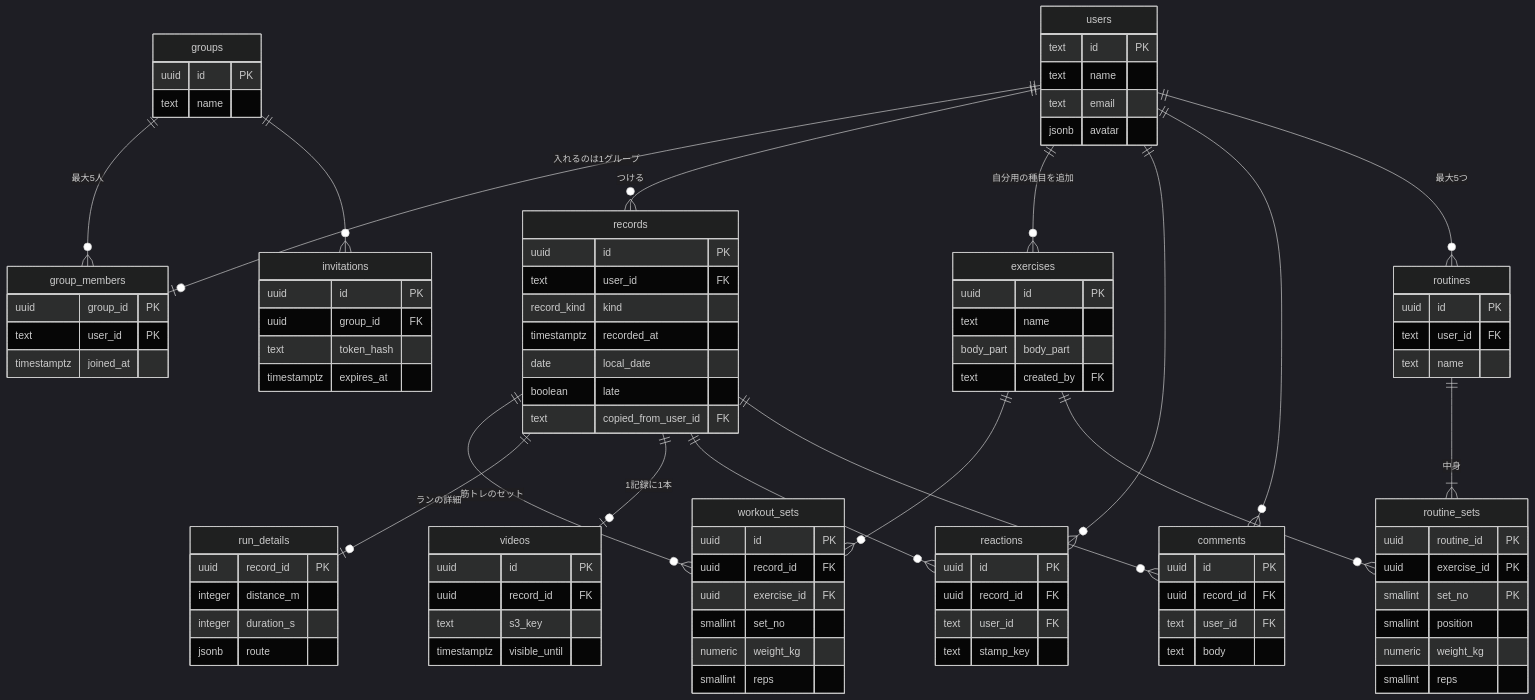
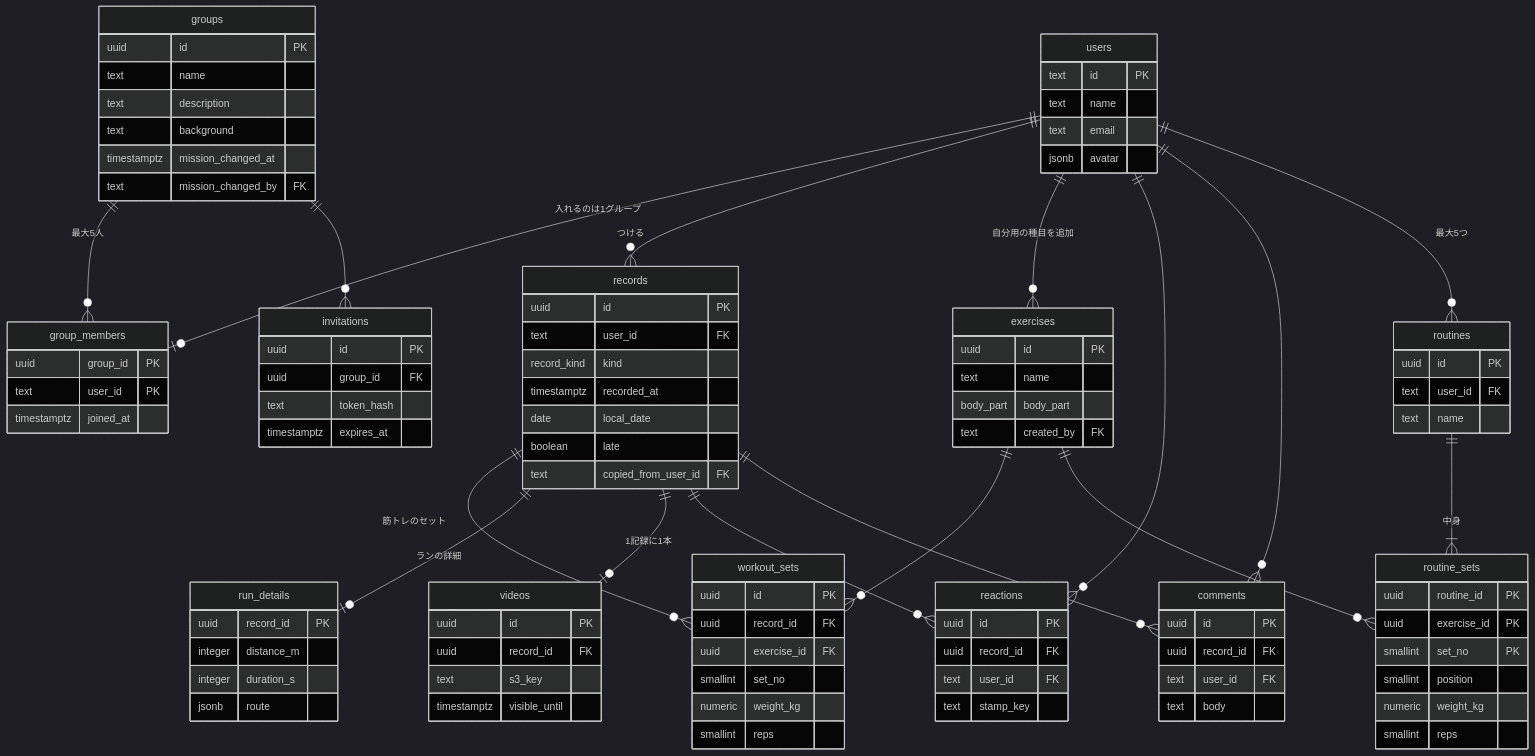
The diagram in docs/database-design.md (yusu31/FitLog), drawn with Mermaid (dark theme) before and after one commit. The commit also changed 21 other files, not shown here.

```diff
--- a/docs/database-design.md
+++ b/docs/database-design.md
@@ -39,6 +39,10 @@
     groups {
         uuid id PK
         text name
+        text description
+        text background
+        timestamptz mission_changed_at
+        text mission_changed_by FK
     }
     group_members {
         uuid group_id PK
```
